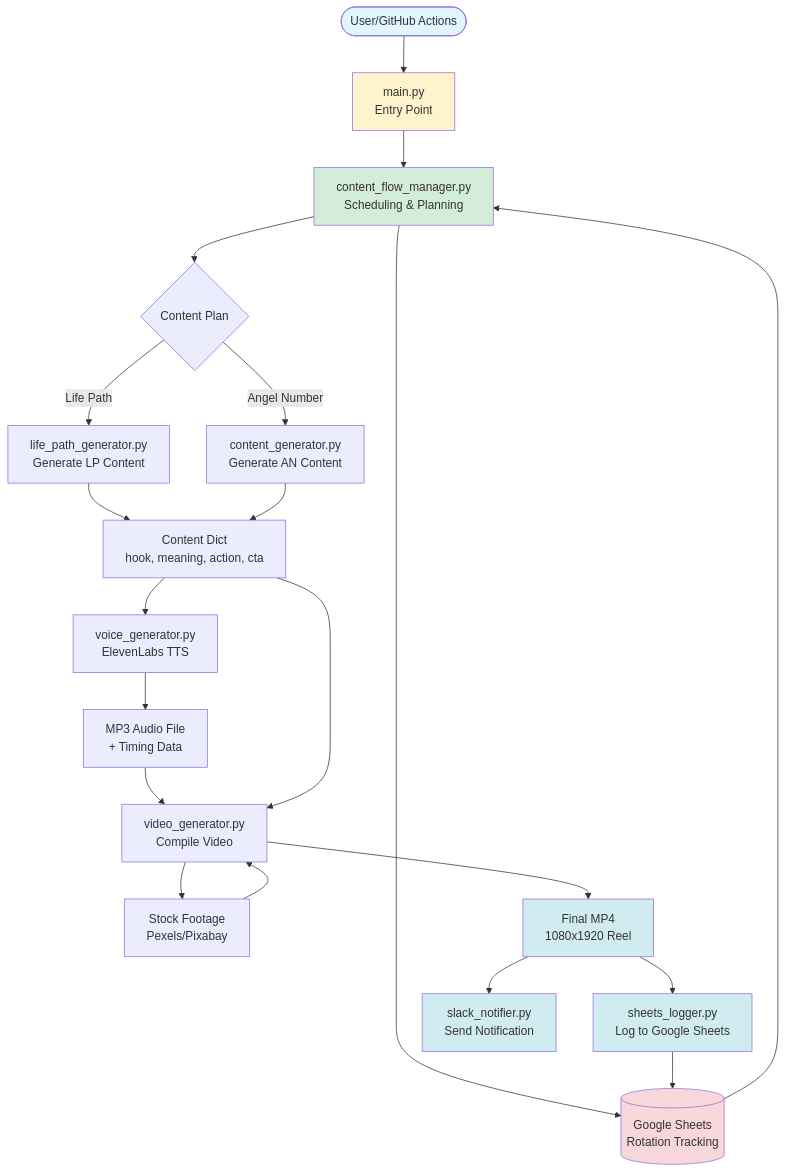
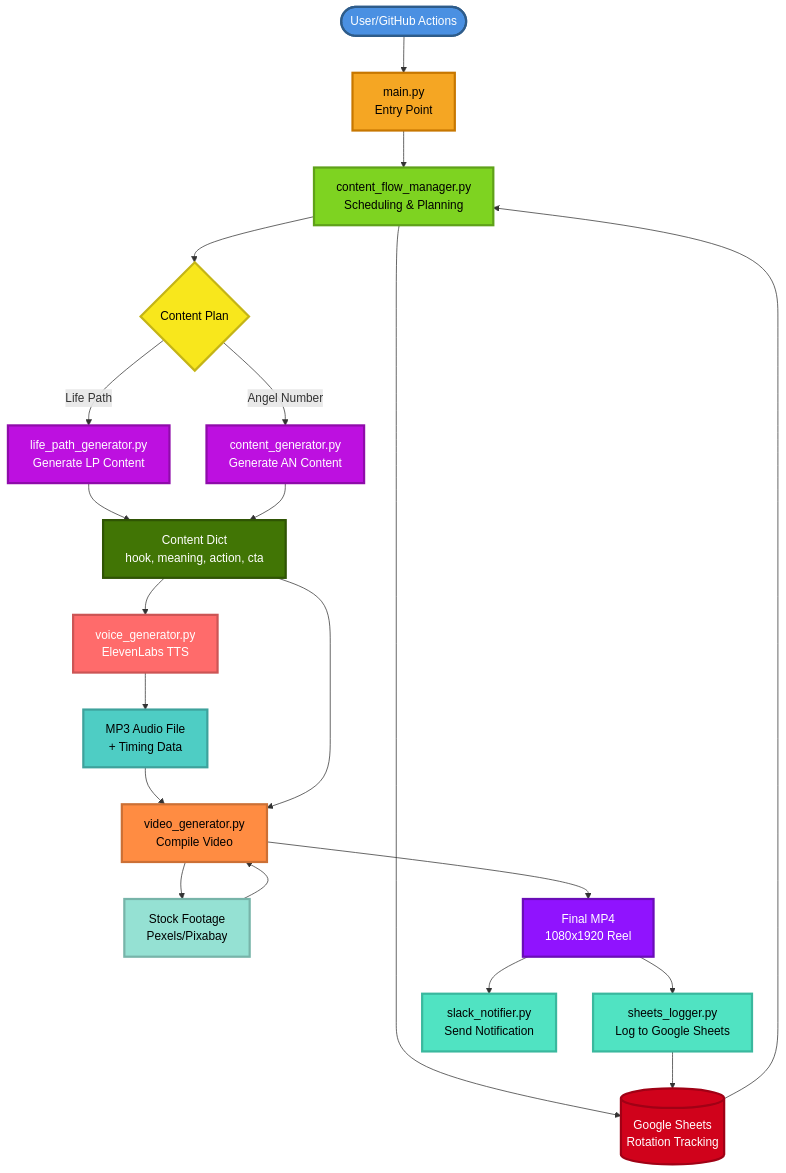
The first of 2 diagrams in README.md (Strilya/the17project), drawn with Mermaid before and after one commit. The commit also changed other lines of this file, not shown here.

Commit message:
Update README: Change OpenAI to Anthropic & improve diagram readability
Changes:
- Replace all OpenAI/GPT-4 references with Anthropic Claude
- Update API key to ANTHROPIC_API_KEY
- Enhance diagram colors with high contrast (dark text on light, light text on dark)
- Add vibrant, colorful styling to all diagram nodes
- Improve readability with bold strokes and proper color choices

🤖 Generated with [Claude Code](https://claude.com/claude-code)

````diff
--- a/README.md
+++ b/README.md
@@ -34,41 +34,49 @@
 ```mermaid
 graph TB
     START([User/GitHub Actions]) --> MAIN[main.py<br/>Entry Point]
 
     MAIN --> CFM[content_flow_manager.py<br/>Scheduling & Planning]
 
     CFM --> SHEETS[(Google Sheets<br/>Rotation Tracking)]
     SHEETS --> CFM
 
     CFM --> PLAN{Content Plan}
 
     PLAN -->|Life Path| LPGEN[life_path_generator.py<br/>Generate LP Content]
     PLAN -->|Angel Number| ANGEN[content_generator.py<br/>Generate AN Content]
 
     LPGEN --> CONTENT[Content Dict<br/>hook, meaning, action, cta]
     ANGEN --> CONTENT
 
     CONTENT --> VOICE[voice_generator.py<br/>ElevenLabs TTS]
     VOICE --> AUDIO[MP3 Audio File<br/>+ Timing Data]
 
     AUDIO --> VIDEO[video_generator.py<br/>Compile Video]
     CONTENT --> VIDEO
 
     VIDEO --> CLIPS[Stock Footage<br/>Pexels/Pixabay]
     CLIPS --> VIDEO
 
     VIDEO --> FINAL[Final MP4<br/>1080x1920 Reel]
 
     FINAL --> LOG[sheets_logger.py<br/>Log to Google Sheets]
     FINAL --> SLACK[slack_notifier.py<br/>Send Notification]
 
     LOG --> SHEETS
 
-    style START fill:#e1f5ff
-    style MAIN fill:#fff3cd
-    style CFM fill:#d4edda
-    style SHEETS fill:#f8d7da
-    style FINAL fill:#d1ecf1
-    style SLACK fill:#d1ecf1
-    style LOG fill:#d1ecf1
+    style START fill:#4A90E2,stroke:#2E5C8A,stroke-width:3px,color:#fff
+    style MAIN fill:#F5A623,stroke:#C77700,stroke-width:3px,color:#000
+    style CFM fill:#7ED321,stroke:#5FA119,stroke-width:3px,color:#000
+    style SHEETS fill:#D0021B,stroke:#A00115,stroke-width:3px,color:#fff
+    style FINAL fill:#9013FE,stroke:#6A0DB8,stroke-width:3px,color:#fff
+    style SLACK fill:#50E3C2,stroke:#3AB89E,stroke-width:3px,color:#000
+    style LOG fill:#50E3C2,stroke:#3AB89E,stroke-width:3px,color:#000
+    style PLAN fill:#F8E71C,stroke:#C4B416,stroke-width:3px,color:#000
+    style LPGEN fill:#BD10E0,stroke:#8F0CAA,stroke-width:3px,color:#fff
+    style ANGEN fill:#BD10E0,stroke:#8F0CAA,stroke-width:3px,color:#fff
+    style CONTENT fill:#417505,stroke:#2F5404,stroke-width:3px,color:#fff
+    style VOICE fill:#FF6B6B,stroke:#CC5555,stroke-width:3px,color:#fff
+    style AUDIO fill:#4ECDC4,stroke:#3EA29C,stroke-width:3px,color:#000
+    style VIDEO fill:#FF8C42,stroke:#CC7035,stroke-width:3px,color:#000
+    style CLIPS fill:#95E1D3,stroke:#77B4A9,stroke-width:3px,color:#000
 ```
````
